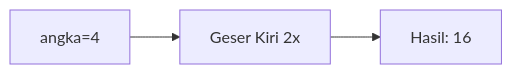
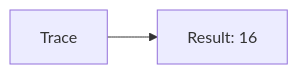
Before and after one commit to amnahwaida/OSNK_INF_PREP: diagram 15 of 25 in part-c-pemahaman-cpp/06-bitwise/latihan/set-04.md, drawn with Mermaid. The commit also changed other lines of this file and 71 other files, not shown here.

````diff
--- a/part-c-pemahaman-cpp/06-bitwise/latihan/set-04.md
+++ b/part-c-pemahaman-cpp/06-bitwise/latihan/set-04.md
@@ -488,5 +316,4 @@
 ```mermaid
 graph LR
-A["angka=4"] --> B["Geser Kiri 2x"]
-B --> C["Hasil: 16"]
+A[Trace] --> B[Result: 16]
 ```
````
